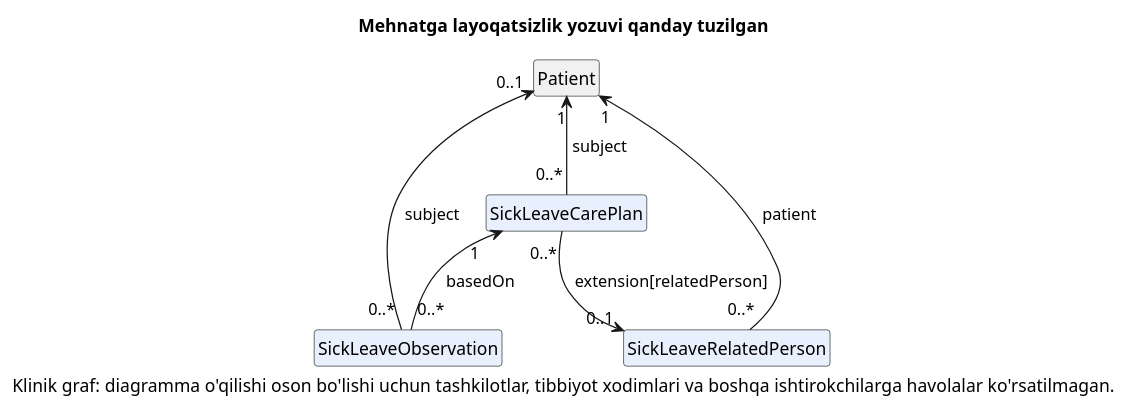
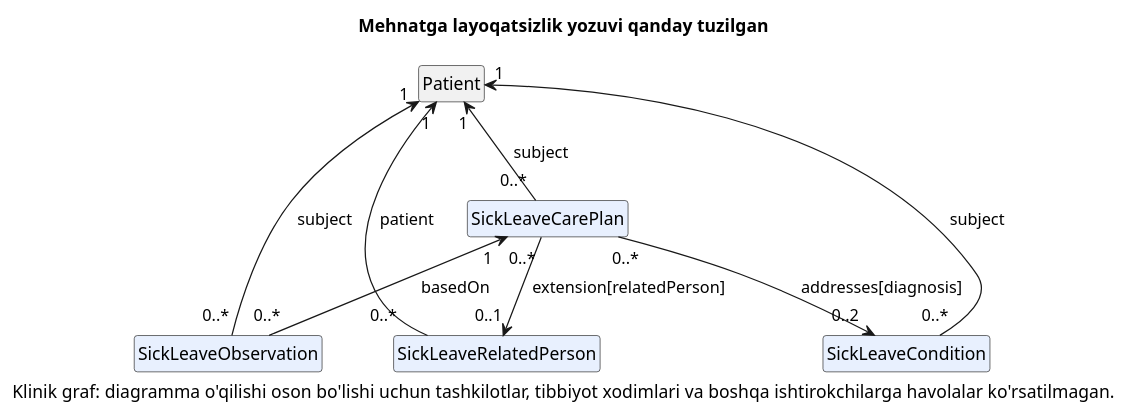
Before and after one commit to uzinfocom-org/digital-health-integration: the diagram in input/images-source/sick-leave-model-uz.plantuml, drawn with PlantUML. The commit also changed 61 other files, not shown here.

First line of the commit message:
feat: align sick leave CarePlan model with DHP sick leave API v3

```diff
--- a/input/images-source/sick-leave-model-uz.plantuml
+++ b/input/images-source/sick-leave-model-uz.plantuml
@@ -1,19 +1,22 @@
 @startuml sick-leave-model-uz
 hide circle
 hide empty members
 title Mehnatga layoqatsizlik yozuvi qanday tuzilgan
 
 class Patient [[https://dhp.uz/fhir/core/StructureDefinition-uz-core-patient.html{UZ Core Patient profilini ochish}]]
 class SickLeaveCarePlan [[StructureDefinition-sick-leave-careplan.html{SickLeaveCarePlan profilini ochish}]] #E8F0FE
 class SickLeaveObservation [[StructureDefinition-sick-leave-observation.html{SickLeaveObservation profilini ochish}]] #E8F0FE
+class SickLeaveCondition [[StructureDefinition-sick-leave-condition.html{SickLeaveCondition profilini ochish}]] #E8F0FE
 class SickLeaveRelatedPerson [[StructureDefinition-sick-leave-related-person.html{SickLeaveRelatedPerson profilini ochish}]] #E8F0FE
 
 Patient "1" <-- "0..*" SickLeaveCarePlan : « subject »
-Patient "0..1" <-- "0..*" SickLeaveObservation : « subject »
+Patient "1" <-- "0..*" SickLeaveObservation : « subject »
 Patient "1" <-- "0..*" SickLeaveRelatedPerson : « patient »
+Patient "1" <-- "0..*" SickLeaveCondition : « subject »
 SickLeaveCarePlan "1" <-- "0..*" SickLeaveObservation : « basedOn »
+SickLeaveCarePlan "0..*" --> "0..2" SickLeaveCondition : « addresses[diagnosis] »
 SickLeaveCarePlan "0..*" --> "0..1" SickLeaveRelatedPerson : « extension[relatedPerson] »
 
 caption Klinik graf: diagramma o'qilishi oson bo'lishi uchun tashkilotlar, tibbiyot xodimlari va boshqa ishtirokchilarga havolalar ko'rsatilmagan.
 
 @enduml
```
